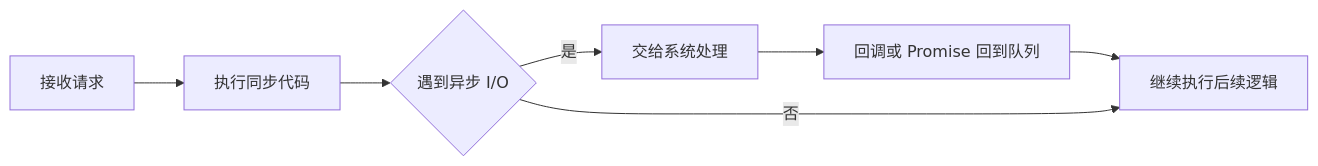
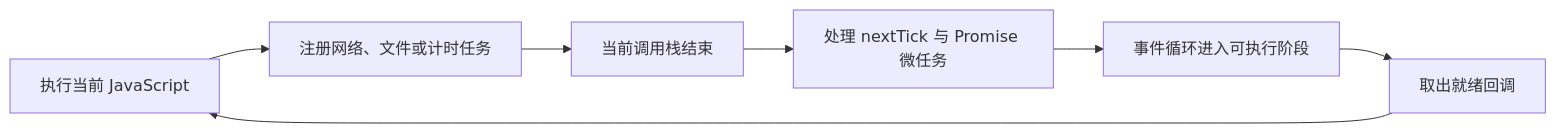
The fourth of 27 diagrams in docs/node/visual-guide.md (yokry-he/yok-study-web), drawn with Mermaid before and after one commit. The commit also changed other lines of this file and 14 other files, not shown here.

````diff
--- a/docs/node/visual-guide.md
+++ b/docs/node/visual-guide.md
@@ -37,9 +76,9 @@
 ```mermaid
 flowchart LR
-  A[接收请求] --> B[执行同步代码]
-  B --> C{遇到异步 I/O}
-  C -- 是 --> D[交给系统处理]
-  D --> E[回调或 Promise 回到队列]
-  E --> F[继续执行后续逻辑]
-  C -- 否 --> F
+  A["执行当前 JavaScript"] --> B["注册网络、文件或计时任务"]
+  B --> C["当前调用栈结束"]
+  C --> D["处理 nextTick 与 Promise 微任务"]
+  D --> E["事件循环进入可执行阶段"]
+  E --> F["取出就绪回调"]
+  F --> A
 ```
````
